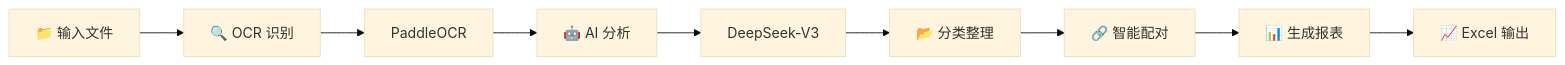
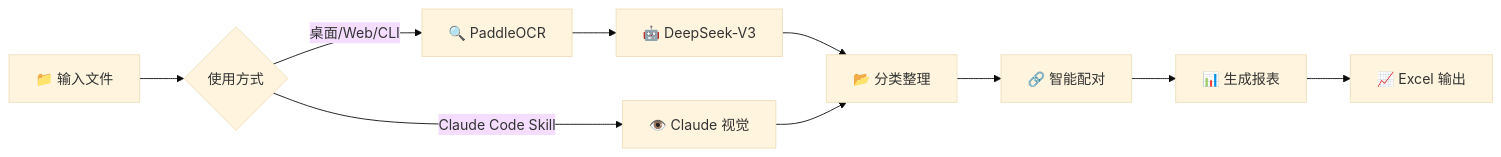
The diagram in README.md (frankfika/ExpenseReimbursement), drawn with Mermaid (base theme) before and after one commit. The commit also changed other lines of this file, not shown here.

First line of the commit message:
docs: overhaul README with Claude Code Skill as first-class option

````diff
--- a/README.md
+++ b/README.md
@@ -190,11 +258,12 @@
 ```mermaid
 graph LR
-    A[📁 输入文件] --> B[🔍 OCR 识别]
-    B --> C[PaddleOCR]
-    C --> D[🤖 AI 分析]
-    D --> E[DeepSeek-V3]
-    E --> F[📂 分类整理]
-    F --> G[🔗 智能配对]
+    A[📁 输入文件] --> B{使用方式}
+    B -->|桌面/Web/CLI| C[🔍 PaddleOCR]
+    B -->|Claude Code Skill| F[👁️ Claude 视觉]
+    C --> D[🤖 DeepSeek-V3]
+    D --> E[📂 分类整理]
+    F --> E
+    E --> G[🔗 智能配对]
     G --> H[📊 生成报表]
     H --> I[📈 Excel 输出]
 ```
````
